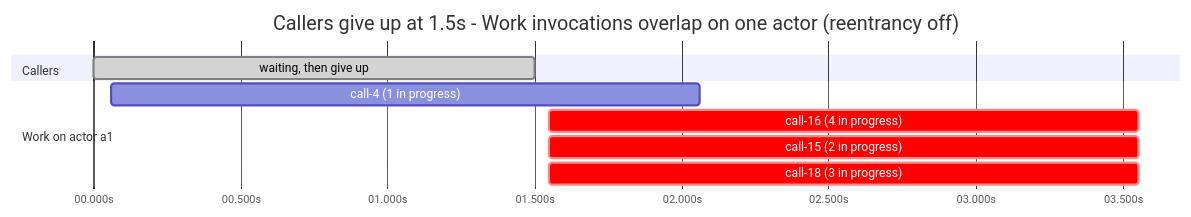
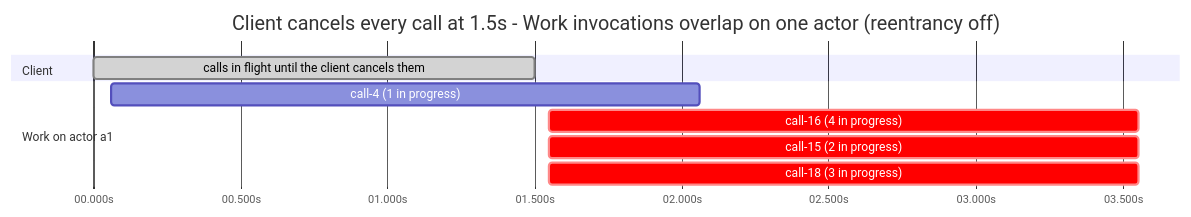
Before and after one commit to olitomlinson/dapr-actor-concurrency-repro: the second of 2 diagrams in README.md, drawn with Mermaid. The commit also changed other lines of this file and 5 other files, not shown here.

First line of the commit message:
Say exactly what cancelled the calls, instead of "callers give up"

````diff
--- a/README.md
+++ b/README.md
@@ -88,13 +88,13 @@
 ```mermaid
 gantt
-    title Callers give up at 1.5s - Work invocations overlap on one actor (reentrancy off)
+    title Client cancels every call at 1.5s - Work invocations overlap on one actor (reentrancy off)
     dateFormat x
     axisFormat %S.%Ls
-    section Callers
-    waiting, then give up :done, 0, 1500
+    section Client
+    calls in flight until the client cancels them :done, 0, 1500
     section Work on actor a1
     call-4 (1 in progress) :59, 2061
     call-16 (4 in progress) :crit, 1549, 3554
     call-15 (2 in progress) :crit, 1549, 3554
     call-18 (3 in progress) :crit, 1549, 3554
 ```
````
